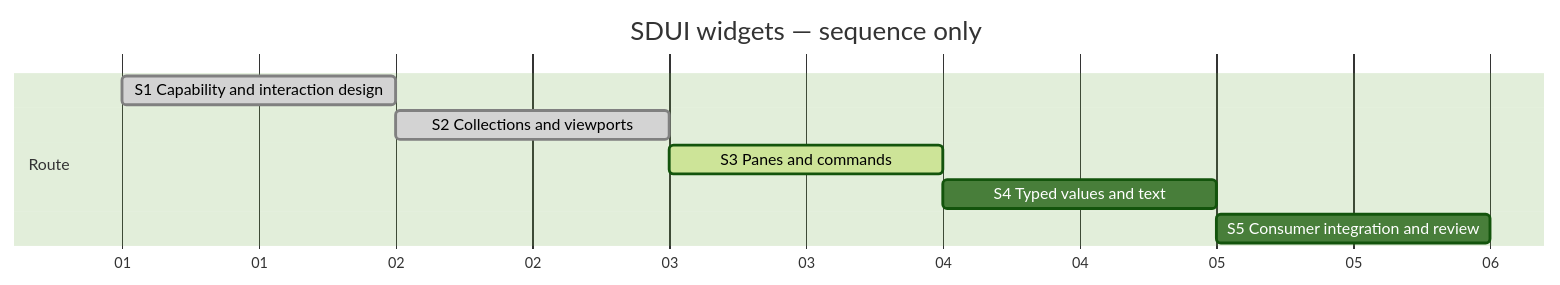
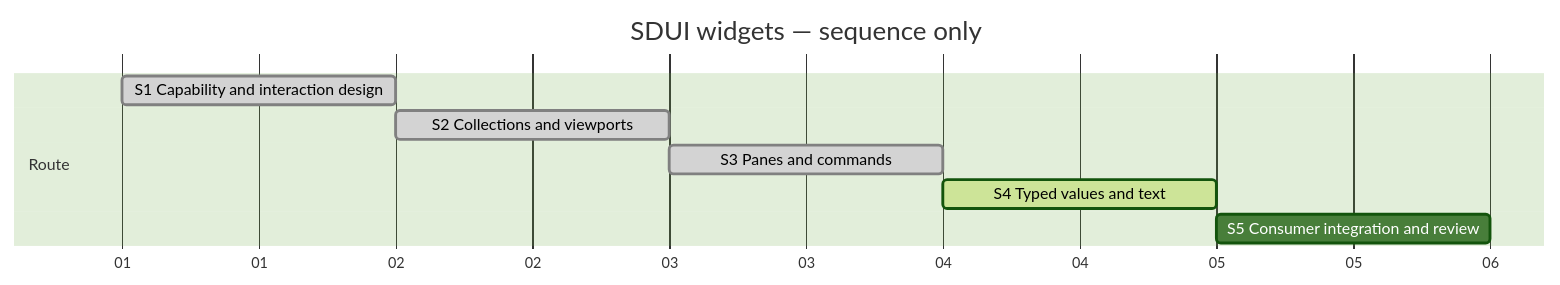
The diagram in SDP/Sessions/session-#0010--SDUI_widgets.md (Hans-Einar/SDP), drawn with Mermaid (forest theme) before and after one commit. The commit also changed other lines of this file and 192 other files, not shown here.

````diff
--- a/SDP/Sessions/session-#0010--SDUI_widgets.md
+++ b/SDP/Sessions/session-#0010--SDUI_widgets.md
@@ -9,12 +9,12 @@
 ```mermaid
 gantt
     title SDUI widgets — sequence only
     dateFormat YYYY-MM-DD
     axisFormat %d
     section Route
     S1 Capability and interaction design :done, s1, 2000-01-01, 1d
     S2 Collections and viewports :done, s2, after s1, 1d
-    S3 Panes and commands :active, s3, after s2, 1d
-    S4 Typed values and text :s4, after s3, 1d
+    S3 Panes and commands :done, s3, after s2, 1d
+    S4 Typed values and text :active, s4, after s3, 1d
     S5 Consumer integration and review :s5, after s4, 1d
 ```
````
